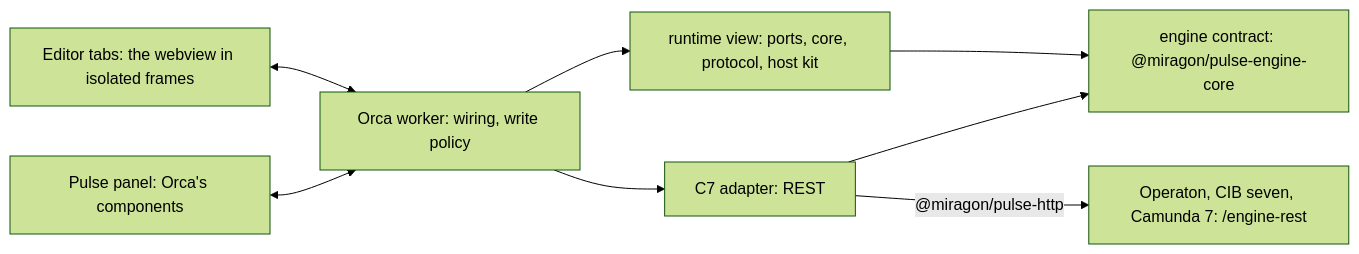
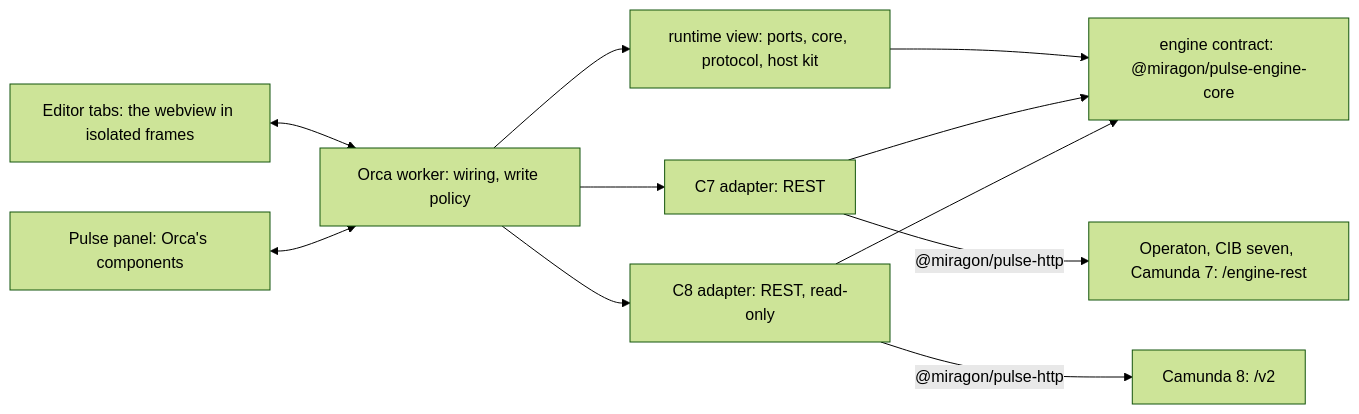
Before and after one commit to Miragon/pulse: the diagram in docs/orca/architecture.md, drawn with Mermaid (forest theme). The commit also changed other lines of this file and 1868 other files, not shown here.

````diff
--- a/docs/orca/architecture.md
+++ b/docs/orca/architecture.md
@@ -6,10 +6,13 @@
 ```mermaid
 flowchart LR
   frames["Editor tabs: the webview in isolated frames"] <--> worker["Orca worker: wiring, write policy"]
   panel["Pulse panel: Orca's components"] <--> worker
   worker --> view["runtime view: ports, core, protocol, host kit"]
   view --> contract["engine contract: @miragon/pulse-engine-core"]
   worker --> adapter["C7 adapter: REST"]
   adapter --> contract
   adapter -- "@miragon/pulse-http" --> engines["Operaton, CIB seven, Camunda 7: /engine-rest"]
+  worker --> c8["C8 adapter: REST, read-only"]
+  c8 --> contract
+  c8 -- "@miragon/pulse-http" --> cluster["Camunda 8: /v2"]
 ```
````
